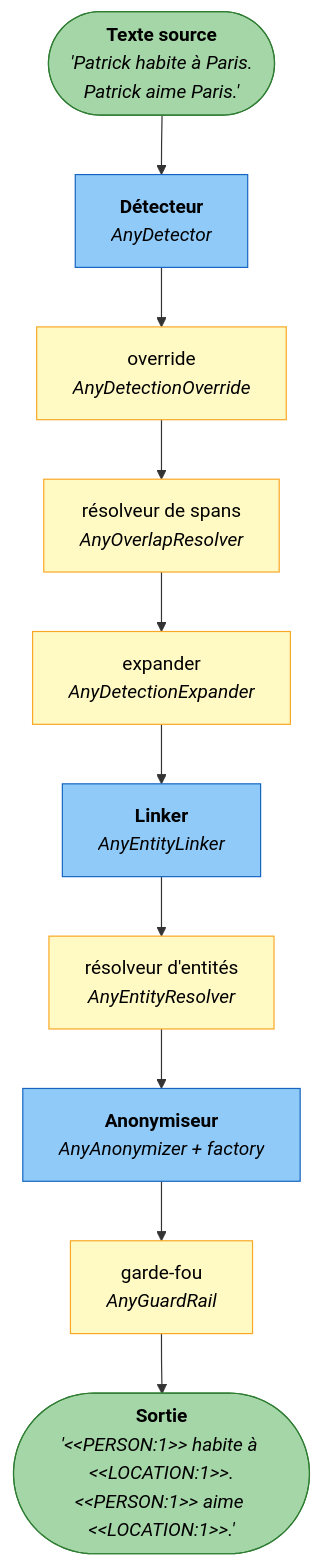
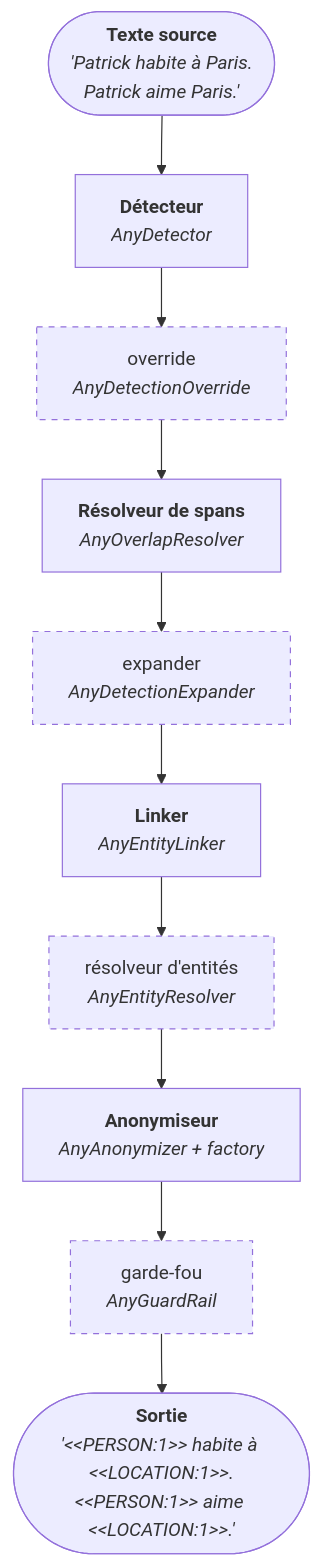
One commit to Athroniaeth/piighost changed the second of 4 diagrams in docs/fr/architecture.md. Above: the diagram before and after it, drawn with Mermaid. The commit also changed other lines of this file and 139 other files, not shown here.

````diff
--- a/docs/fr/architecture.md
+++ b/docs/fr/architecture.md
@@ -101,33 +103,31 @@
 ```mermaid
 flowchart TB
-    classDef req fill:#90CAF9,stroke:#1565C0,color:#000
-    classDef opt fill:#FFF9C4,stroke:#F9A825,color:#000
-    classDef data fill:#A5D6A7,stroke:#2E7D32,color:#000
+    classDef opt stroke-dasharray:5 5
 
     IN(["`**Texte source**
     _'Patrick habite à Paris.
-    Patrick aime Paris.'_`"]):::data
+    Patrick aime Paris.'_`"])
 
     DET["`**Détecteur**
-    _AnyDetector_`"]:::req
+    _AnyDetector_`"]
     OVR["`override
     _AnyDetectionOverride_`"]:::opt
-    OVL["`résolveur de spans
-    _AnyOverlapResolver_`"]:::opt
+    OVL["`**Résolveur de spans**
+    _AnyOverlapResolver_`"]
     EXP["`expander
     _AnyDetectionExpander_`"]:::opt
     LINK["`**Linker**
-    _AnyEntityLinker_`"]:::req
+    _AnyEntityLinker_`"]
     ENT["`résolveur d'entités
     _AnyEntityResolver_`"]:::opt
     ANON["`**Anonymiseur**
-    _AnyAnonymizer + factory_`"]:::req
+    _AnyAnonymizer + factory_`"]
     GUARD["`garde-fou
     _AnyGuardRail_`"]:::opt
 
     OUT(["`**Sortie**
     _'#lt;#lt;PERSON:1#gt;#gt; habite à #lt;#lt;LOCATION:1#gt;#gt;.
-    #lt;#lt;PERSON:1#gt;#gt; aime #lt;#lt;LOCATION:1#gt;#gt;.'_`"]):::data
+    #lt;#lt;PERSON:1#gt;#gt; aime #lt;#lt;LOCATION:1#gt;#gt;.'_`"])
 
     IN --> DET --> OVR --> OVL --> EXP --> LINK --> ENT --> ANON --> GUARD --> OUT
 ```
````
